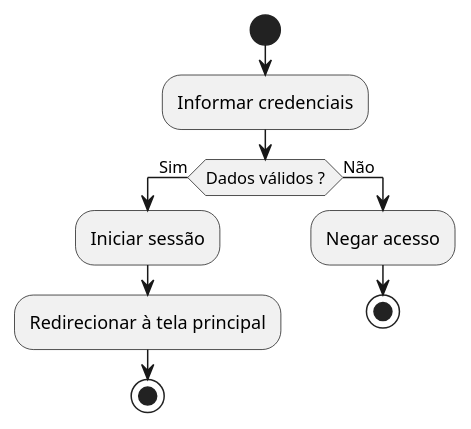
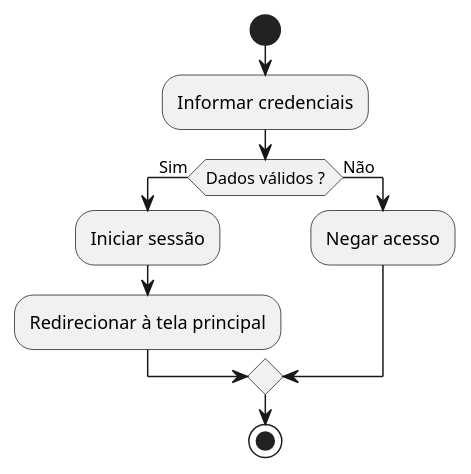
The diagram in activity/autentica-sistema.wsd (victoralvess/ineed-uml-diagrams), drawn with PlantUML before and after one commit. The commit also changed 34 other files, not shown here.

```diff
--- a/activity/autentica-sistema.wsd
+++ b/activity/autentica-sistema.wsd
@@ -1,12 +1,11 @@
 @startuml
 start
-    :Informar credenciais;
-    if (Dados válidos ?) then (Sim)
-    :Iniciar sessão; 
-    :Redirecionar à tela principal; 
-    stop
-    else (Não)
+:Informar credenciais;
+if (Dados válidos ?) then (Sim)
+    :Iniciar sessão;
+    :Redirecionar à tela principal;
+else (Não)
     :Negar acesso;
-    stop
-    endif
+endif
+stop
 @enduml
```
